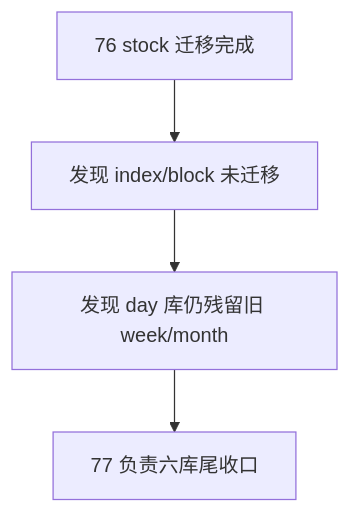
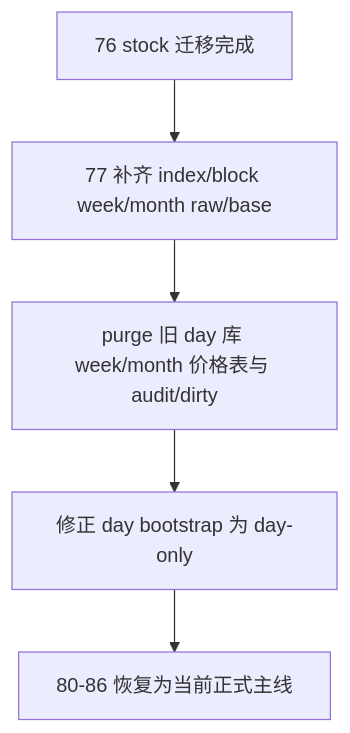
One commit to everything-is-simple/lifespan-0.01 changed the diagram in docs/03-execution/77-raw-base-timeframe-split-tail-completion-conclusion-20260418.md. Above: the diagram before and after it, drawn with Mermaid. The commit also changed other lines of this file and 14 other files, not shown here.

Commit message:
data: close raw base split tail

````diff
--- a/docs/03-execution/77-raw-base-timeframe-split-tail-completion-conclusion-20260418.md
+++ b/docs/03-execution/77-raw-base-timeframe-split-tail-completion-conclusion-20260418.md
@@ -26,6 +39,7 @@
 ```mermaid
 flowchart TD
-    A["76 stock 迁移完成"] --> B["发现 index/block 未迁移"]
-    B --> C["发现 day 库仍残留旧 week/month"]
-    C --> D["77 负责六库尾收口"]
+    A["76 stock 迁移完成"] --> B["77 补齐 index/block week/month raw/base"]
+    B --> C["purge 旧 day 库 week/month 价格表与 audit/dirty"]
+    C --> D["修正 day bootstrap 为 day-only"]
+    D --> E["80-86 恢复为当前正式主线"]
 ```
````
